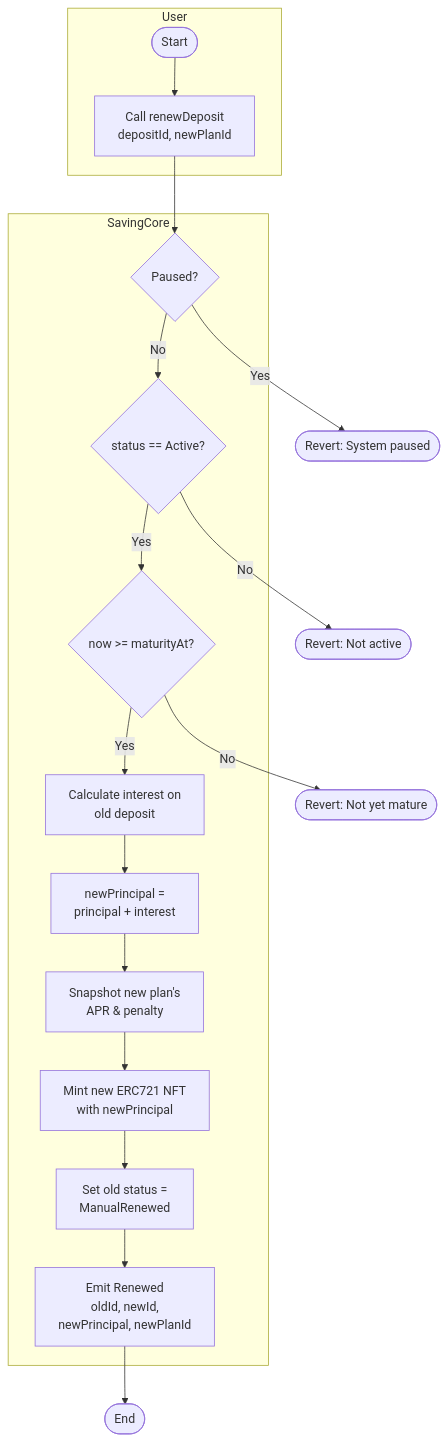
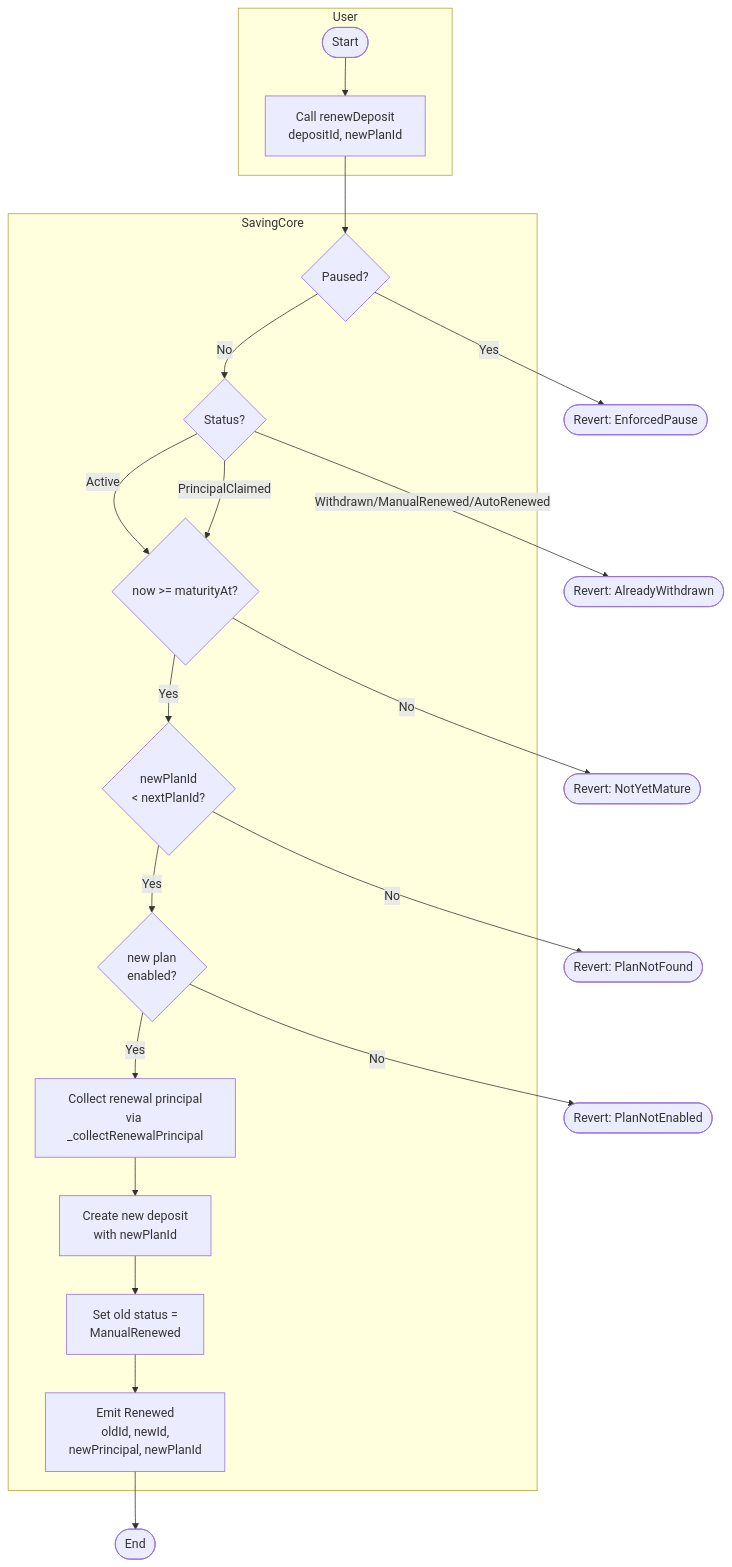
Before and after one commit to yang-sin-pal/AC_BlockChain_Online_Saving: the fourth of 10 diagrams in docs/diagrams/activity-diagram.md, drawn with Mermaid. The commit also changed other lines of this file and 2 other files, not shown here.

First line of the commit message:
Enhance sequence and use case diagrams for Online Saving System

````diff
--- a/docs/diagrams/activity-diagram.md
+++ b/docs/diagrams/activity-diagram.md
@@ -144,32 +173,35 @@
 ```mermaid
 flowchart TD
     subgraph User
         D1([Start]) --> D2[Call renewDeposit\ndepositId, newPlanId]
     end
 
     subgraph SavingCore
         D3{Paused?}
-        D4{status == Active?}
+        D4{Status?}
         D5{now >= maturityAt?}
-        D6[Calculate interest on\nold deposit]
-        D7[newPrincipal =\nprincipal + interest]
-        D8[Snapshot new plan's\nAPR & penalty]
-        D9[Mint new ERC721 NFT\nwith newPrincipal]
+        D6{newPlanId\n< nextPlanId?}
+        D7{new plan\nenabled?}
+        D8[Collect renewal principal\nvia _collectRenewalPrincipal]
+        D9[Create new deposit\nwith newPlanId]
         D10[Set old status =\nManualRenewed]
         D11[Emit Renewed\noldId, newId,\nnewPrincipal, newPlanId]
     end
 
     D2 --> D3
-    D3 -- Yes --> DR1([Revert: System paused])
+    D3 -- Yes --> DR1([Revert: EnforcedPause])
     D3 -- No --> D4
-    D4 -- No --> DR2([Revert: Not active])
-    D4 -- Yes --> D5
-    D5 -- No --> DR3([Revert: Not yet mature])
+    D4 -- Active --> D5
+    D4 -- PrincipalClaimed --> D5
+    D4 -- Withdrawn/ManualRenewed/AutoRenewed --> DR2([Revert: AlreadyWithdrawn])
+    D5 -- No --> DR3([Revert: NotYetMature])
     D5 -- Yes --> D6
-    D6 --> D7
-    D7 --> D8
+    D6 -- No --> DR4([Revert: PlanNotFound])
+    D6 -- Yes --> D7
+    D7 -- No --> DR5([Revert: PlanNotEnabled])
+    D7 -- Yes --> D8
     D8 --> D9
     D9 --> D10
     D10 --> D11
     D11 --> D12([End])
 ```
````
